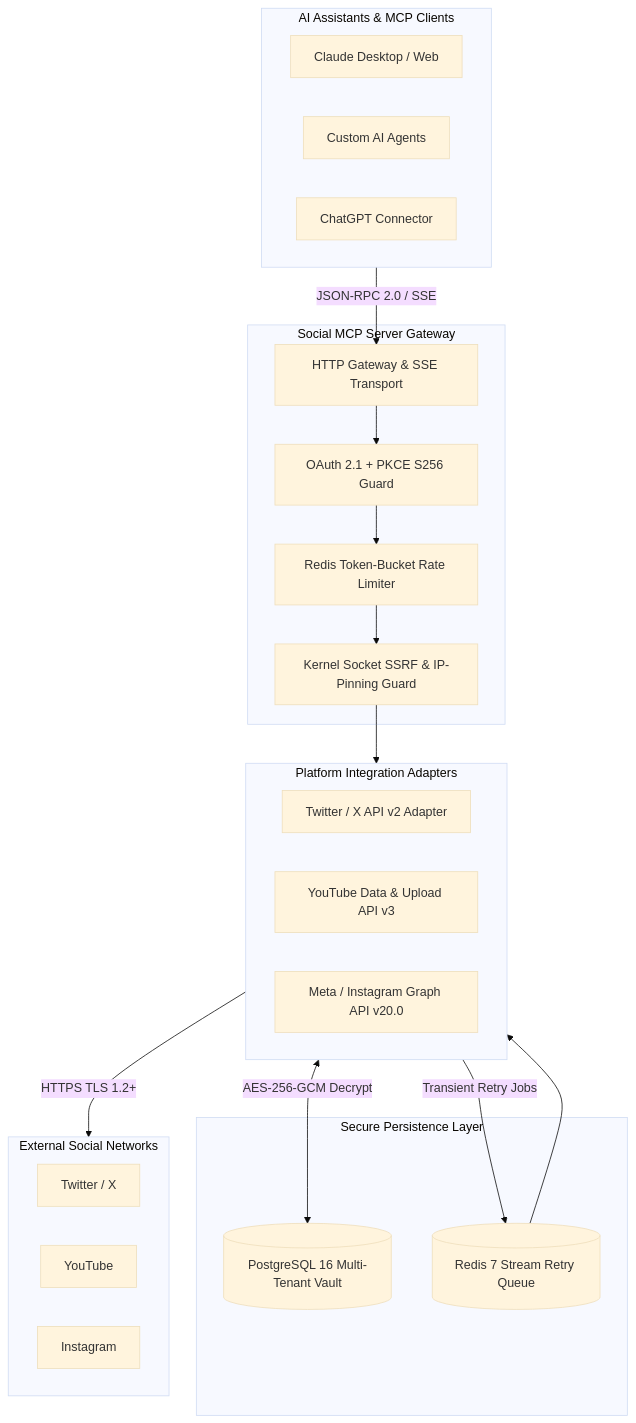
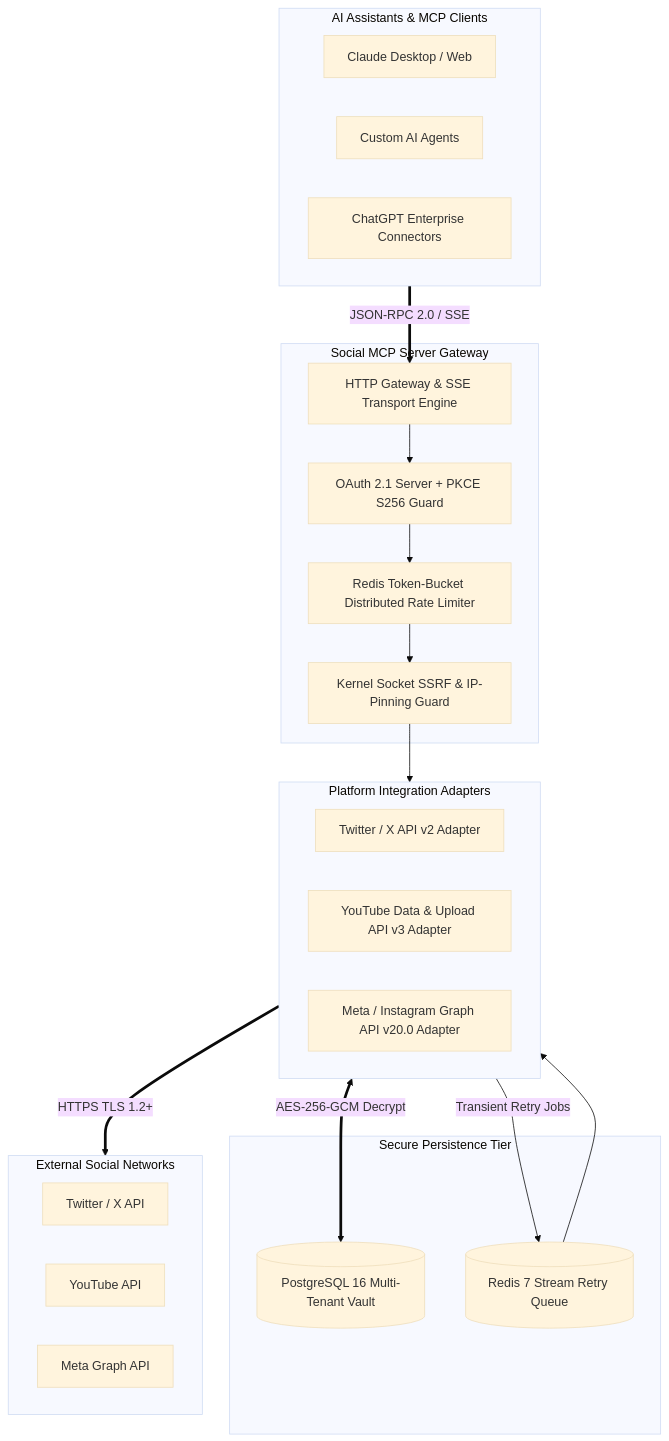
Before and after one commit to kuldeep-poonia/social-publish-mcp-server: the diagram in README.md, drawn with Mermaid (base theme). The commit also changed other lines of this file and 4 other files, not shown here.

Commit message:
docs: elevate all markdown documentation to repository root, create comprehensive ARCHITECTURE.md with Mermaid diagrams, and polish enterprise README.md

````diff
--- a/README.md
+++ b/README.md
@@ -41,42 +40,42 @@
 ```mermaid
 flowchart TD
-    subgraph ClientLayer[AI Assistants & MCP Clients]
-        Claude[Claude Desktop / Web]
-        Agent[Custom AI Agents]
-        GPT[ChatGPT Connector]
+    subgraph ClientLayer["AI Assistants & MCP Clients"]
+        Claude["Claude Desktop / Web"]
+        Agent["Custom AI Agents"]
+        GPT["ChatGPT Enterprise Connectors"]
     end
 
-    subgraph ServerGateway[Social MCP Server Gateway]
-        Router[HTTP Gateway & SSE Transport]
-        AuthGuard[OAuth 2.1 + PKCE S256 Guard]
-        RateLimiter[Redis Token-Bucket Rate Limiter]
-        SSRF[Kernel Socket SSRF & IP-Pinning Guard]
+    subgraph ServerGateway["Social MCP Server Gateway"]
+        Router["HTTP Gateway & SSE Transport Engine"]
+        AuthGuard["OAuth 2.1 Server + PKCE S256 Guard"]
+        RateLimiter["Redis Token-Bucket Distributed Rate Limiter"]
+        SSRF["Kernel Socket SSRF & IP-Pinning Guard"]
     end
 
-    subgraph Storage[Secure Persistence Layer]
-        PG[(PostgreSQL 16 Multi-Tenant Vault)]
-        Redis[(Redis 7 Stream Retry Queue)]
+    subgraph Storage["Secure Persistence Tier"]
+        PG[("PostgreSQL 16 Multi-Tenant Vault")]
+        Redis[("Redis 7 Stream Retry Queue")]
     end
 
-    subgraph Adapters[Platform Integration Adapters]
-        Twitter[Twitter / X API v2 Adapter]
-        YouTube[YouTube Data & Upload API v3]
-        Instagram[Meta / Instagram Graph API v20.0]
+    subgraph Adapters["Platform Integration Adapters"]
+        Twitter["Twitter / X API v2 Adapter"]
+        YouTube["YouTube Data & Upload API v3 Adapter"]
+        Instagram["Meta / Instagram Graph API v20.0 Adapter"]
     end
 
-    subgraph Upstream[External Social Networks]
-        XNet[Twitter / X]
-        YTNet[YouTube]
-        MetaNet[Instagram]
+    subgraph Upstream["External Social Networks"]
+        XNet["Twitter / X API"]
+        YTNet["YouTube API"]
+        MetaNet["Meta Graph API"]
     end
 
-    ClientLayer -->|JSON-RPC 2.0 / SSE| Router
+    ClientLayer ==>|JSON-RPC 2.0 / SSE| Router
     Router --> AuthGuard
     AuthGuard --> RateLimiter
     RateLimiter --> SSRF
     SSRF --> Adapters
-    Adapters <-->|AES-256-GCM Decrypt| PG
+    Adapters <==>|AES-256-GCM Decrypt| PG
     Adapters -->|Transient Retry Jobs| Redis
     Redis --> Adapters
-    Adapters -->|HTTPS TLS 1.2+| Upstream
+    Adapters ==>|HTTPS TLS 1.2+| Upstream
 ```
````
